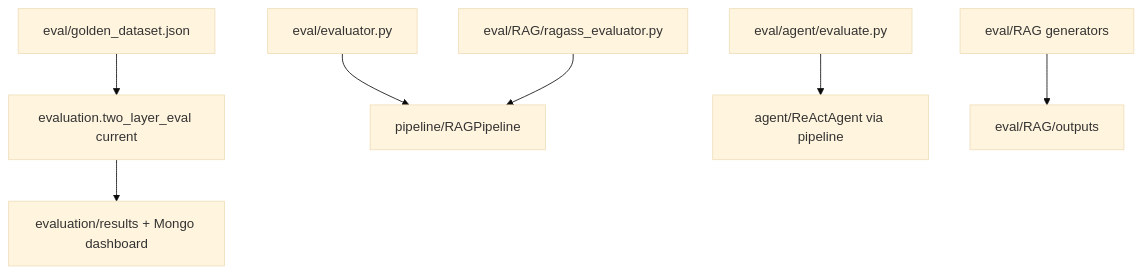
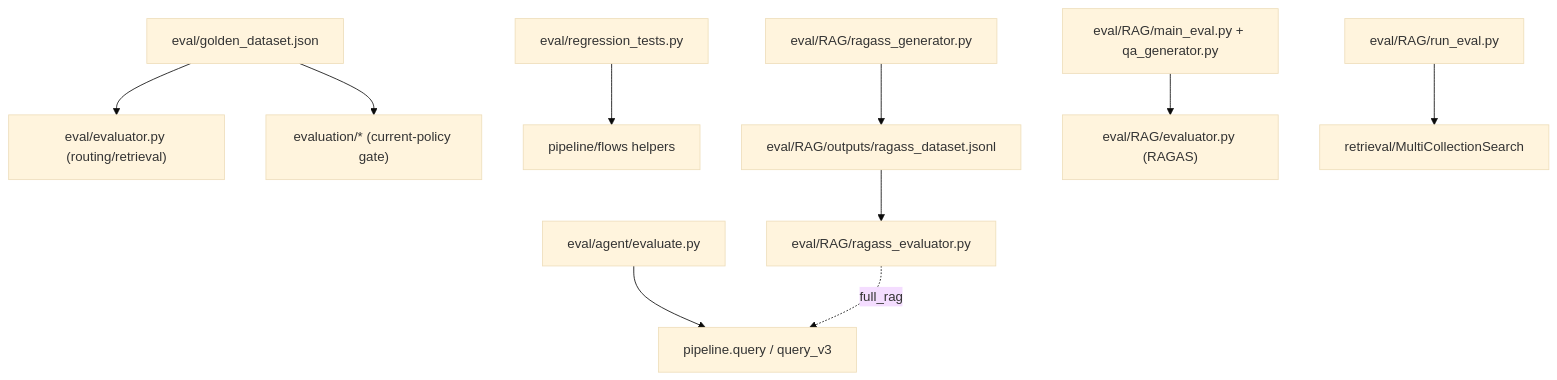
The diagram in src/RAG_v2/eval/MODULE.md (hoainam183/GR), drawn with Mermaid (base theme) before and after one commit. The commit also changed other lines of this file and 50 other files, not shown here.

````diff
--- a/src/RAG_v2/eval/MODULE.md
+++ b/src/RAG_v2/eval/MODULE.md
@@ -49,9 +83,12 @@
 ```mermaid
 flowchart TD
-  Golden["eval/golden_dataset.json"] --> Current["evaluation.two_layer_eval current"]
-  LegacyEval["eval/evaluator.py"] --> Pipeline["pipeline/RAGPipeline"]
-  RAGAS["eval/RAG/ragass_evaluator.py"] --> Pipeline
-  AgentEval["eval/agent/evaluate.py"] --> Agent["agent/ReActAgent via pipeline"]
-  Generators["eval/RAG generators"] --> Outputs["eval/RAG/outputs"]
-  Current --> Results["evaluation/results + Mongo dashboard"]
+  Golden["eval/golden_dataset.json"] --> LegacyEval["eval/evaluator.py (routing/retrieval)"]
+  Golden --> EvalModule["evaluation/* (current-policy gate)"]
+  Regression["eval/regression_tests.py"] --> Flows["pipeline/flows helpers"]
+  AgentEval["eval/agent/evaluate.py"] --> Pipeline["pipeline.query / query_v3"]
+  RagasGen["eval/RAG/ragass_generator.py"] --> Jsonl["eval/RAG/outputs/ragass_dataset.jsonl"]
+  Jsonl --> RagasEval["eval/RAG/ragass_evaluator.py"]
+  RagasEval -. full_rag .-> Pipeline
+  QAGen["eval/RAG/main_eval.py + qa_generator.py"] --> QAEval["eval/RAG/evaluator.py (RAGAS)"]
+  RunEval["eval/RAG/run_eval.py"] --> Search["retrieval/MultiCollectionSearch"]
 ```
````
